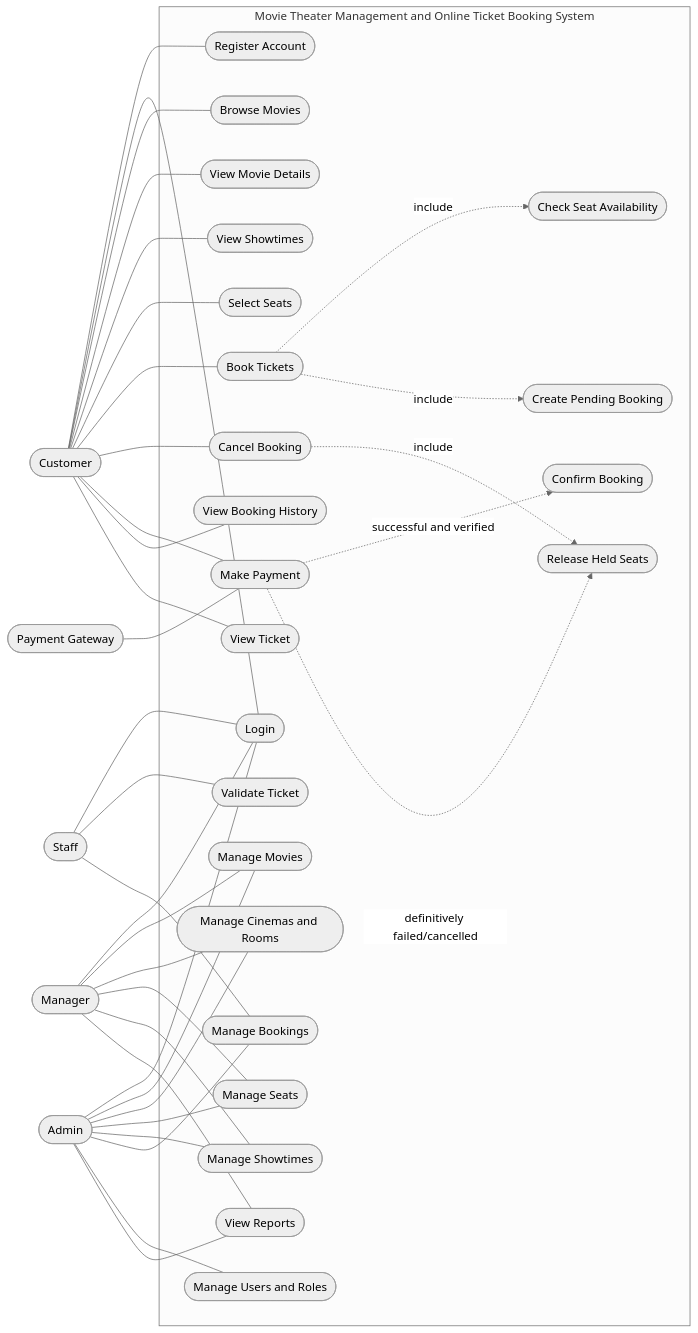
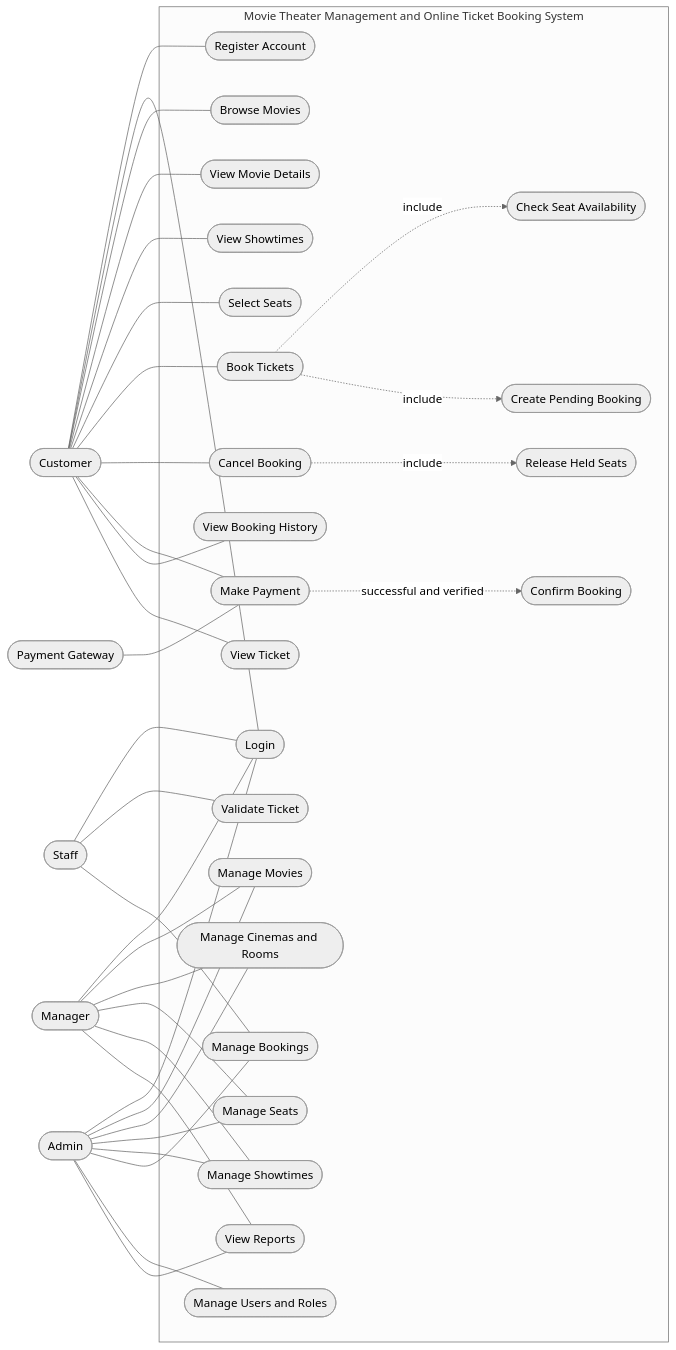
The diagram in docs/analysis and design/business-system-design.md (Madmad-rrj/Movie-Theater-Management-and-Online-Ticket-Booking-System), drawn with Mermaid (neutral theme) before and after one commit. The commit also changed other lines of this file and 4 other files, not shown here.

Commit message:
docs: align cinema database design and schema

````diff
--- a/docs/analysis and design/business-system-design.md
+++ b/docs/analysis and design/business-system-design.md
@@ -75,76 +75,75 @@
 ```mermaid
 flowchart LR
     Customer([Customer])
     Staff([Staff])
     Manager([Manager])
     Admin([Admin])
     Gateway([Payment Gateway])
 
     subgraph System["Movie Theater Management and Online Ticket Booking System"]
         Register([Register Account])
         Login([Login])
         Browse([Browse Movies])
         Details([View Movie Details])
         Showtimes([View Showtimes])
         Seats([Select Seats])
         Booking([Book Tickets])
         CancelBooking([Cancel Booking])
         Payment([Make Payment])
         History([View Booking History])
         Ticket([View Ticket])
 
         Movies([Manage Movies])
         Rooms([Manage Cinemas and Rooms])
         ManageSeats([Manage Seats])
         ManageShowtimes([Manage Showtimes])
         ManageBookings([Manage Bookings])
         Validate([Validate Ticket])
         Users([Manage Users and Roles])
         Reports([View Reports])
 
         CheckAvailability([Check Seat Availability])
         CreateBooking([Create Pending Booking])
         ConfirmBooking([Confirm Booking])
         ReleaseSeats([Release Held Seats])
     end
 
     Customer --- Register
     Customer --- Login
     Customer --- Browse
     Customer --- Details
     Customer --- Showtimes
     Customer --- Seats
     Customer --- Booking
     Customer --- CancelBooking
     Customer --- Payment
     Customer --- History
     Customer --- Ticket
 
     Staff --- Login
     Staff --- Validate
     Staff --- ManageBookings
 
     Manager --- Login
     Manager --- Movies
     Manager --- Rooms
     Manager --- ManageSeats
     Manager --- ManageShowtimes
     Manager --- Reports
 
     Admin --- Login
     Admin --- Movies
     Admin --- Rooms
     Admin --- ManageSeats
     Admin --- ManageShowtimes
     Admin --- ManageBookings
     Admin --- Users
     Admin --- Reports
 
     Gateway --- Payment
 
     Booking -.->|include| CheckAvailability
     Booking -.->|include| CreateBooking
     CancelBooking -.->|include| ReleaseSeats
     Payment -.->|successful and verified| ConfirmBooking
-    Payment -.->|definitively failed/cancelled| ReleaseSeats
 ```
````
